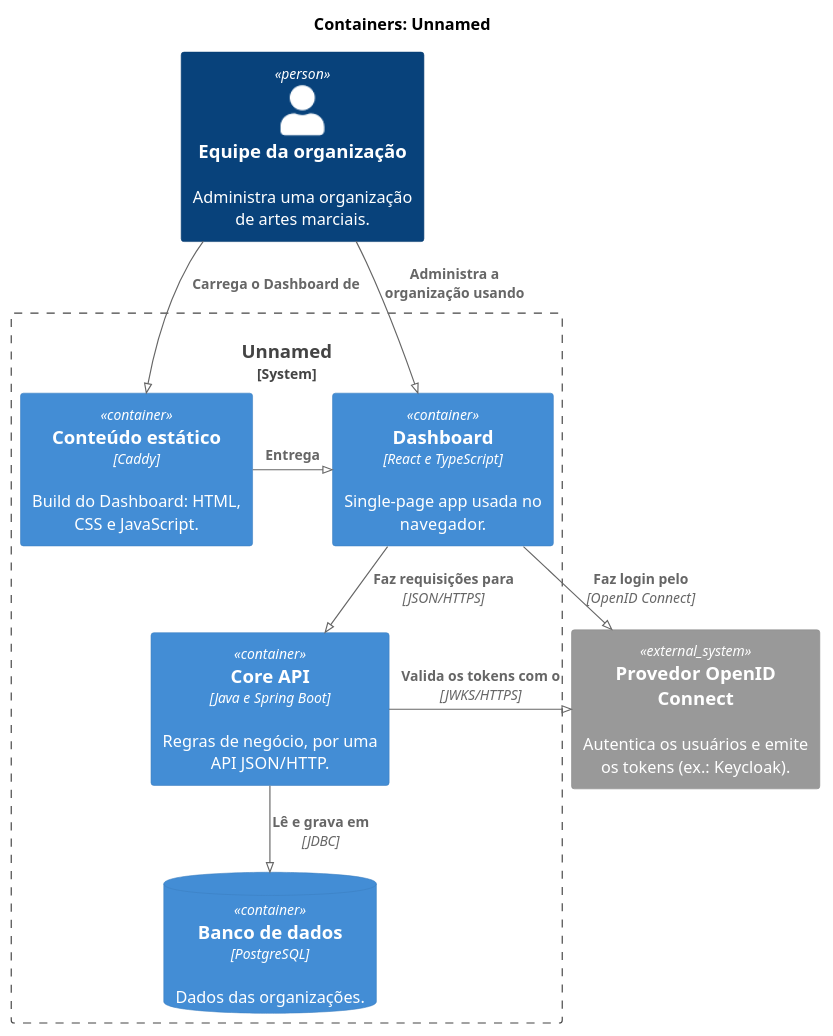
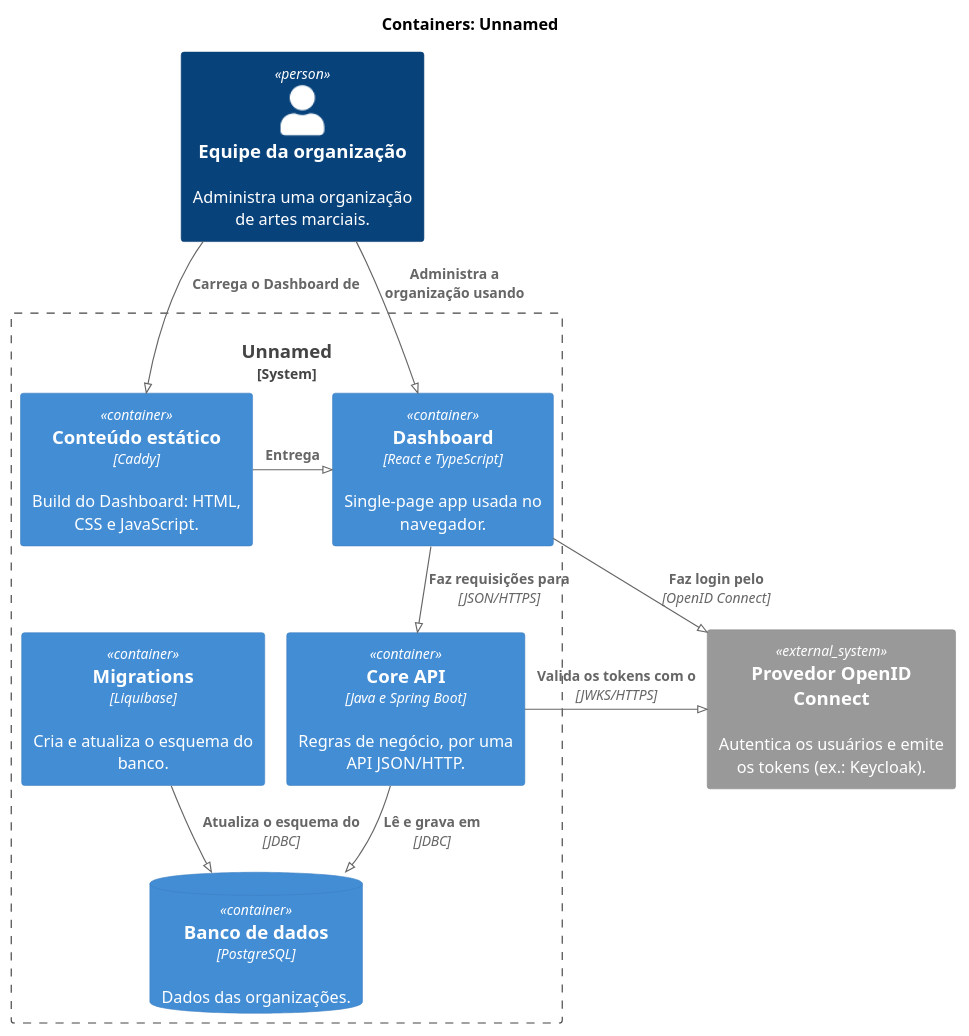
The diagram in docs/c4-2-container.puml (alvarengacarlos/Unnamed), drawn with PlantUML before and after one commit. The commit also changed 3 other files, not shown here.

```diff
--- a/docs/c4-2-container.puml
+++ b/docs/c4-2-container.puml
@@ -1,29 +1,31 @@
 @startuml c4-2-container
 ' Layout embutido no PlantUML, para o diagrama renderizar sem o Graphviz instalado
 !pragma layout smetana
 !include <C4/C4_Container>
 
 ' C4, nível 2. O Traefik, na frente dos containers, termina o TLS.
 ' Nível anterior: c4-1-system-context.puml. Próximo nível: c4-3-component.puml
 
 title Containers: Unnamed
 
 Person(staff, "Equipe da organização", "Administra uma organização de artes marciais.")
 
 System_Ext(oidc, "Provedor OpenID Connect", "Autentica os usuários e emite os tokens (ex.: Keycloak).")
 
 System_Boundary(unnamed, "Unnamed") {
     Container(static, "Conteúdo estático", "Caddy", "Build do Dashboard: HTML, CSS e JavaScript.")
     Container(spa, "Dashboard", "React e TypeScript", "Single-page app usada no navegador.")
     Container(api, "Core API", "Java e Spring Boot", "Regras de negócio, por uma API JSON/HTTP.")
+    Container(migrations, "Migrations", "Liquibase", "Cria e atualiza o esquema do banco.")
     ContainerDb(db, "Banco de dados", "PostgreSQL", "Dados das organizações.")
 }
 
 Rel_D(staff, static, "Carrega o Dashboard de")
 Rel_D(staff, spa, "Administra a organização usando")
 Rel_R(static, spa, "Entrega")
 Rel_D(spa, api, "Faz requisições para", "JSON/HTTPS")
 Rel_R(spa, oidc, "Faz login pelo", "OpenID Connect")
 Rel_R(api, oidc, "Valida os tokens com o", "JWKS/HTTPS")
 Rel_D(api, db, "Lê e grava em", "JDBC")
+Rel_D(migrations, db, "Atualiza o esquema do", "JDBC")
 @enduml
```
